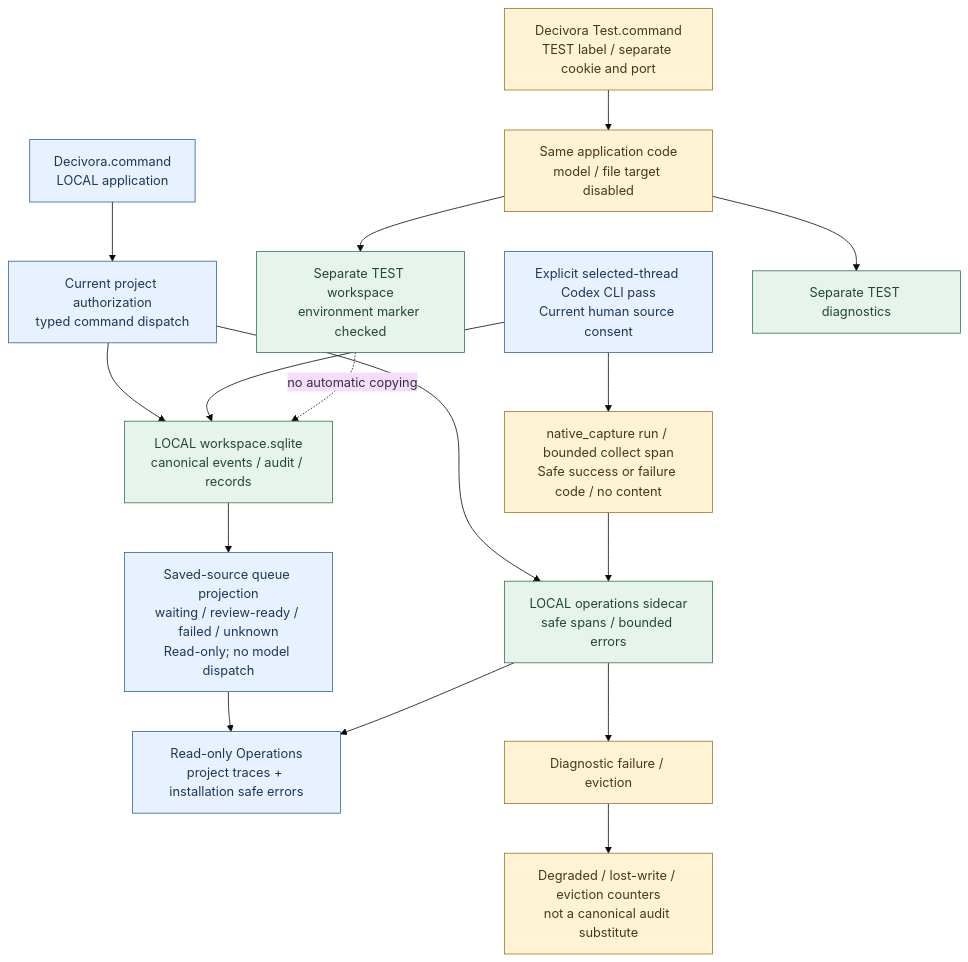
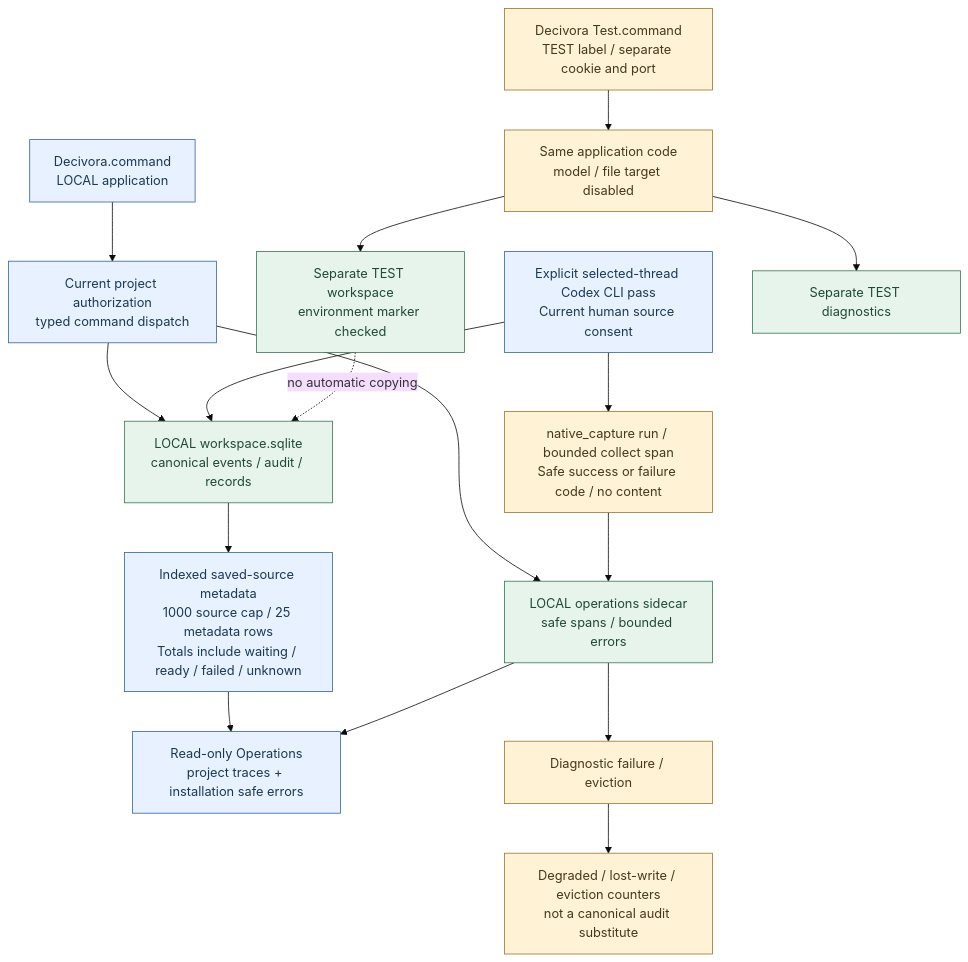
The first of 2 diagrams in docs/quality/operations-runtime.md (alphanAkbulut/decivora), drawn with Mermaid (base theme) before and after one commit. The commit also changed other lines of this file and 34 other files, not shown here.

First line of the commit message:
Scale source review to indexed 1000-source storage and bounded pages

````diff
--- a/docs/quality/operations-runtime.md
+++ b/docs/quality/operations-runtime.md
@@ -38,27 +38,27 @@
 ```mermaid
 flowchart TB
   accTitle: Local operations and separate test data
   accDescr: One application serves each environment. Local commands write canonical data separately from safe operational diagnostics. Test uses its own data, session and port and disables model and file-target connections.
   L["Decivora.command<br/>LOCAL application"] --> LC["Current project authorization<br/>typed command dispatch"]
   LC --> LD["LOCAL workspace.sqlite<br/>canonical events / audit / records"]
   LC --> LT["LOCAL operations sidecar<br/>safe spans / bounded errors"]
   NC["Explicit selected-thread Codex CLI pass<br/>Current human source consent"] --> NR["native_capture run / bounded collect span<br/>Safe success or failure code / no content"]
   NR --> LT
   NC --> LD
-  LD --> CQ["Saved-source queue projection<br/>waiting / review-ready / failed / unknown<br/>Read-only; no model dispatch"]
+  LD --> CQ["Indexed saved-source metadata<br/>1000 source cap / 25 metadata rows<br/>Totals include waiting / ready / failed / unknown"]
   CQ --> LV
   LT --> LV["Read-only Operations<br/>project traces + installation safe errors"]
   T["Decivora Test.command<br/>TEST label / separate cookie and port"] --> TC["Same application code<br/>model / file target disabled"]
   TC --> TD["Separate TEST workspace<br/>environment marker checked"]
   TC --> TT["Separate TEST diagnostics"]
   TD -. no automatic copying .-> LD
   X["Diagnostic failure / eviction"] --> V["Degraded / lost-write / eviction counters<br/>not a canonical audit substitute"]
   LT --> X
   classDef app fill:#e8f1ff,stroke:#31649b,color:#1b3855;
   classDef data fill:#e6f4eb,stroke:#357654,color:#214934;
   classDef guard fill:#fff2d5,stroke:#9b762c,color:#443919;
   class L,LC,LV,NC,CQ app;
   class NR guard;
   class LD,LT,TD,TT data;
   class T,TC,X,V guard;
 ```
````
